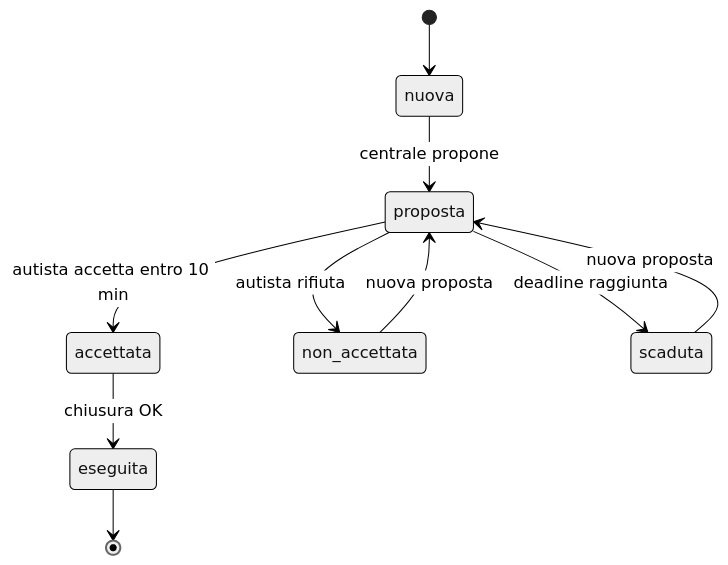
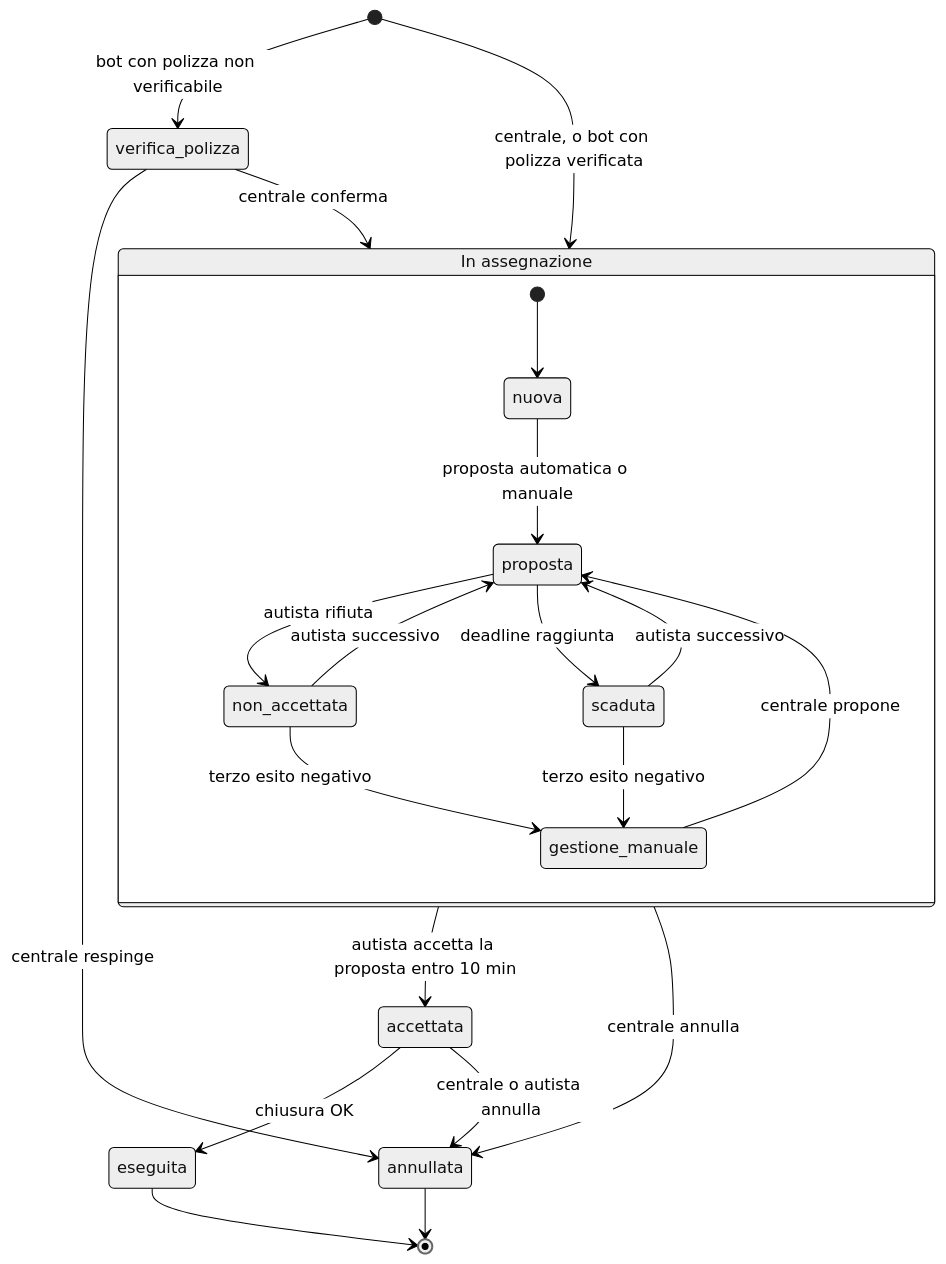
Before and after one commit to coluccimarco/fornitori-soccorso: the diagram in docs/diagrams/mission_states.mmd, drawn with Mermaid (neutral theme). The commit also changed 54 other files, not shown here.

```diff
--- a/docs/diagrams/mission_states.mmd
+++ b/docs/diagrams/mission_states.mmd
@@ -1,12 +1,24 @@
-%% FORNITORI | v1.0 | 03/11/2026 | owner: Membro 1
+%% FORNITORI | v2.1 | 05/11/2026 | owner: Membro 1
 %% Stati per missioni LIVE nel backend; fixture storiche restano immutate.
 stateDiagram-v2
-    [*] --> nuova
-    nuova --> proposta: centrale propone
-    proposta --> accettata: autista accetta entro 10 min
-    proposta --> non_accettata: autista rifiuta
-    proposta --> scaduta: deadline raggiunta
-    non_accettata --> proposta: nuova proposta
-    scaduta --> proposta: nuova proposta
+    state "In assegnazione" as aperta {
+        [*] --> nuova
+        nuova --> proposta: proposta automatica o manuale
+        proposta --> non_accettata: autista rifiuta
+        proposta --> scaduta: deadline raggiunta
+        non_accettata --> proposta: autista successivo
+        scaduta --> proposta: autista successivo
+        non_accettata --> gestione_manuale: terzo esito negativo
+        scaduta --> gestione_manuale: terzo esito negativo
+        gestione_manuale --> proposta: centrale propone
+    }
+    [*] --> aperta: centrale, o bot con polizza verificata
+    [*] --> verifica_polizza: bot con polizza non verificabile
+    verifica_polizza --> aperta: centrale conferma
+    verifica_polizza --> annullata: centrale respinge
+    aperta --> accettata: autista accetta la proposta entro 10 min
+    aperta --> annullata: centrale annulla
     accettata --> eseguita: chiusura OK
+    accettata --> annullata: centrale o autista annulla
     eseguita --> [*]
+    annullata --> [*]
```
